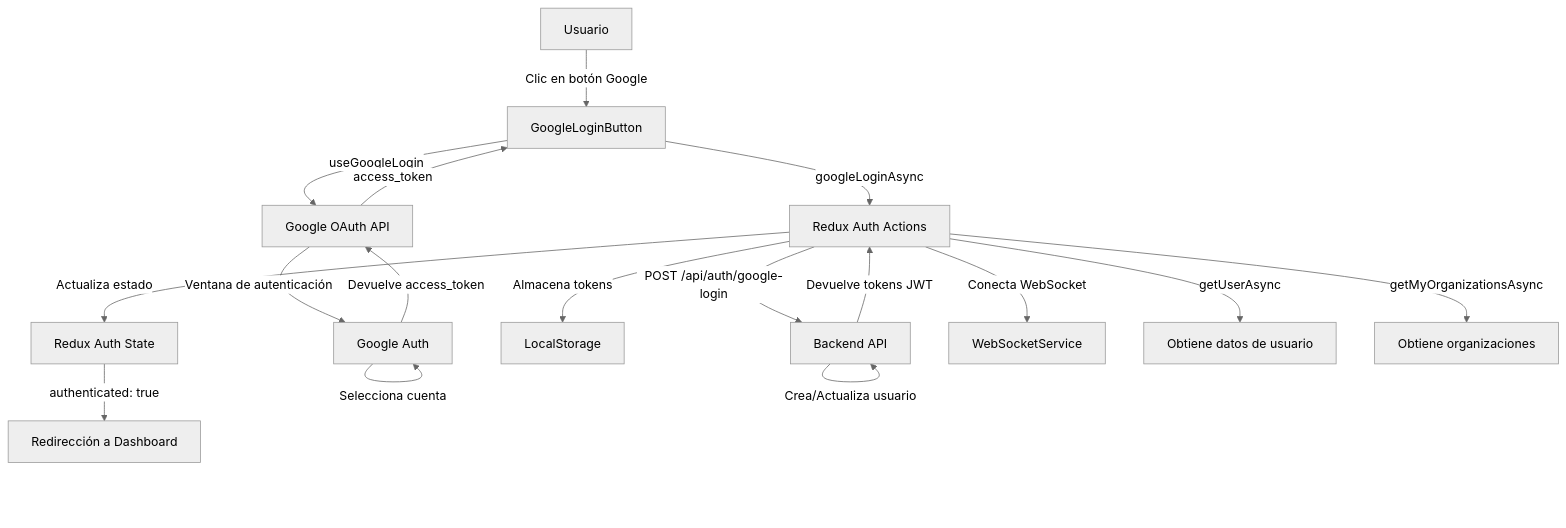
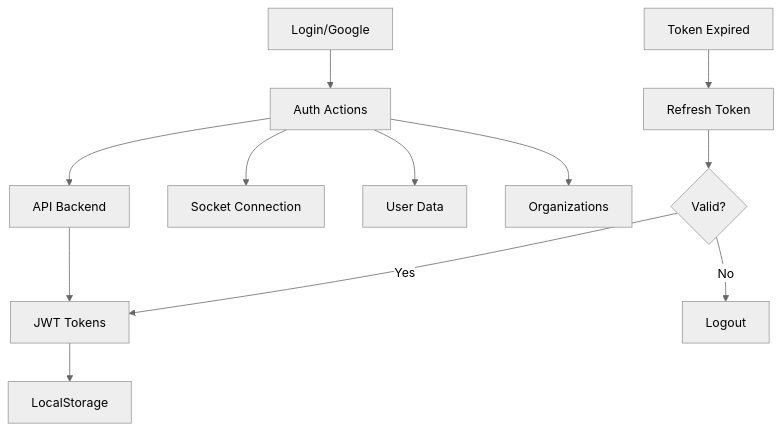
One commit to ConverxaDevTeam/chat-frontend changed the first of 4 diagrams in docu/auth-diagrams.md. Above: the diagram before and after it, drawn with Mermaid (neutral theme). The commit also changed other lines of this file and 5 other files, not shown here.

````diff
--- a/docu/auth-diagrams.md
+++ b/docu/auth-diagrams.md
@@ -31,20 +9,15 @@
 ```mermaid
 flowchart TD
-    A[Usuario] -->|Clic en botón Google| B[GoogleLoginButton]
-    B -->|useGoogleLogin| C[Google OAuth API]
-    C -->|Ventana de autenticación| D[Google Auth]
-    D -->|Selecciona cuenta| D
-    D -->|Devuelve access_token| C
-    C -->|access_token| B
-    B -->|googleLoginAsync| E[Redux Auth Actions]
-    E -->|POST /api/auth/google-login| F[Backend API]
-    F -->|Verifica token con Google| F
-    F -->|Crea/Actualiza usuario| F
-    F -->|Devuelve tokens JWT| E
-    E -->|Almacena tokens| G[LocalStorage]
-    E -->|Actualiza estado| H[Redux Auth State]
-    E -->|Conecta WebSocket| I[WebSocketService]
-    E -->|getUserAsync| J[Obtiene datos de usuario]
-    E -->|getMyOrganizationsAsync| K[Obtiene organizaciones]
-    H -->|authenticated: true| L[Redirección a Dashboard]
+    A[Login/Google] --> B[Auth Actions]
+    B --> C[API Backend]
+    C --> D[JWT Tokens]
+    D --> E[LocalStorage]
+    B --> F[Socket Connection]
+    B --> G[User Data]
+    B --> H[Organizations]
+    
+    I[Token Expired] --> J[Refresh Token]
+    J --> K{Valid?}
+    K -->|Yes| D
+    K -->|No| L[Logout]
 ```
````
